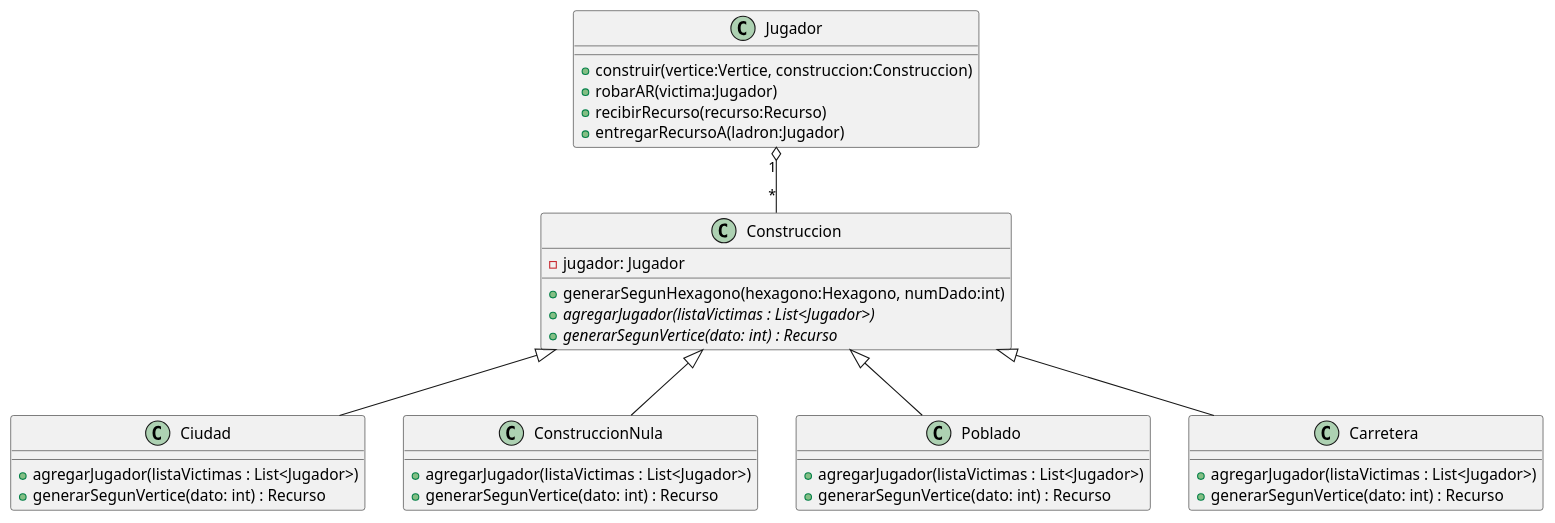
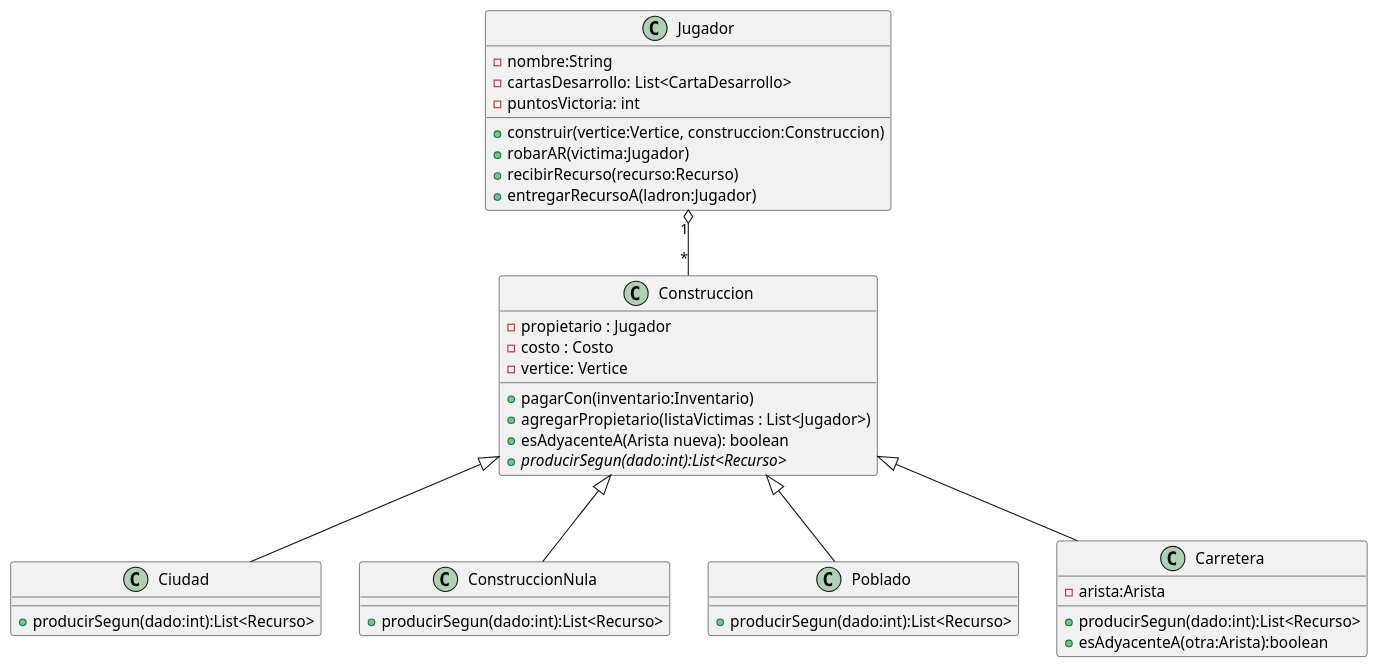
One commit to alejandrodelcs/tp2-algo3 changed the diagram in diagrams/classes/dc-jugador-construcciones.plantuml. Above: the diagram before and after it, drawn with PlantUML. The commit also changed 49 other files, not shown here.

```diff
--- a/diagrams/classes/dc-jugador-construcciones.plantuml
+++ b/diagrams/classes/dc-jugador-construcciones.plantuml
@@ -1,47 +1,51 @@
 @startuml
 
 
 class Construccion{
-    - jugador: Jugador
+    - propietario : Jugador
+    - costo : Costo
+    - vertice: Vertice
+    + pagarCon(inventario:Inventario)
+    + agregarPropietario(listaVictimas : List<Jugador>)
+    + esAdyacenteA(Arista nueva): boolean
+    + {abstract} producirSegun(dado:int):List<Recurso>
 
-    + generarSegunHexagono(hexagono:Hexagono, numDado:int)
-    + {abstract} agregarJugador(listaVictimas : List<Jugador>)
-    + {abstract} generarSegunVertice(dato: int) : Recurso
 }
 
 
 class Ciudad extends Construccion {
-    +agregarJugador(listaVictimas : List<Jugador>)
-    +generarSegunVertice(dato: int) : Recurso
+    +producirSegun(dado:int):List<Recurso>
 }
 
 
 class ConstruccionNula extends Construccion{
-    +agregarJugador(listaVictimas : List<Jugador>)
-    +generarSegunVertice(dato: int) : Recurso
+    +producirSegun(dado:int):List<Recurso>
 }
 
 class Poblado extends Construccion{
-    +agregarJugador(listaVictimas : List<Jugador>)
-    +generarSegunVertice(dato: int) : Recurso
+      +producirSegun(dado:int):List<Recurso>
 }
 
 
 class Carretera extends Construccion{
-    +agregarJugador(listaVictimas : List<Jugador>)
-    +generarSegunVertice(dato: int) : Recurso
+    -arista:Arista
+    +producirSegun(dado:int):List<Recurso>
+    +esAdyacenteA(otra:Arista):boolean
 
 }
 
 
 class Jugador{
+ -nombre:String
+ -cartasDesarrollo: List<CartaDesarrollo>
+ -puntosVictoria: int
  +construir(vertice:Vertice, construccion:Construccion)
  +robarAR(victima:Jugador)
  +recibirRecurso(recurso:Recurso)
  +entregarRecursoA(ladron:Jugador)
 }
 
 
 Jugador "1" o-- "*" Construccion
 
 @enduml
```
